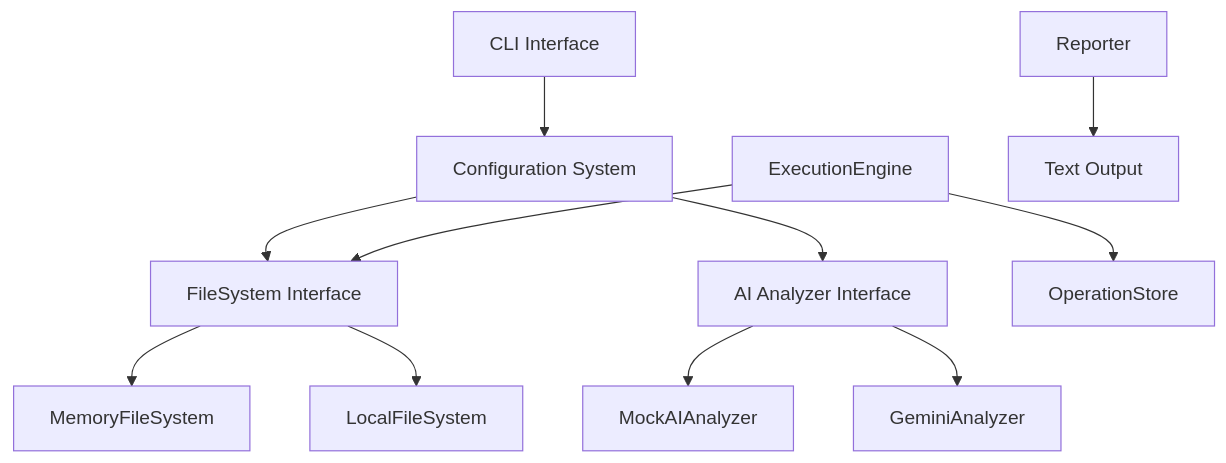
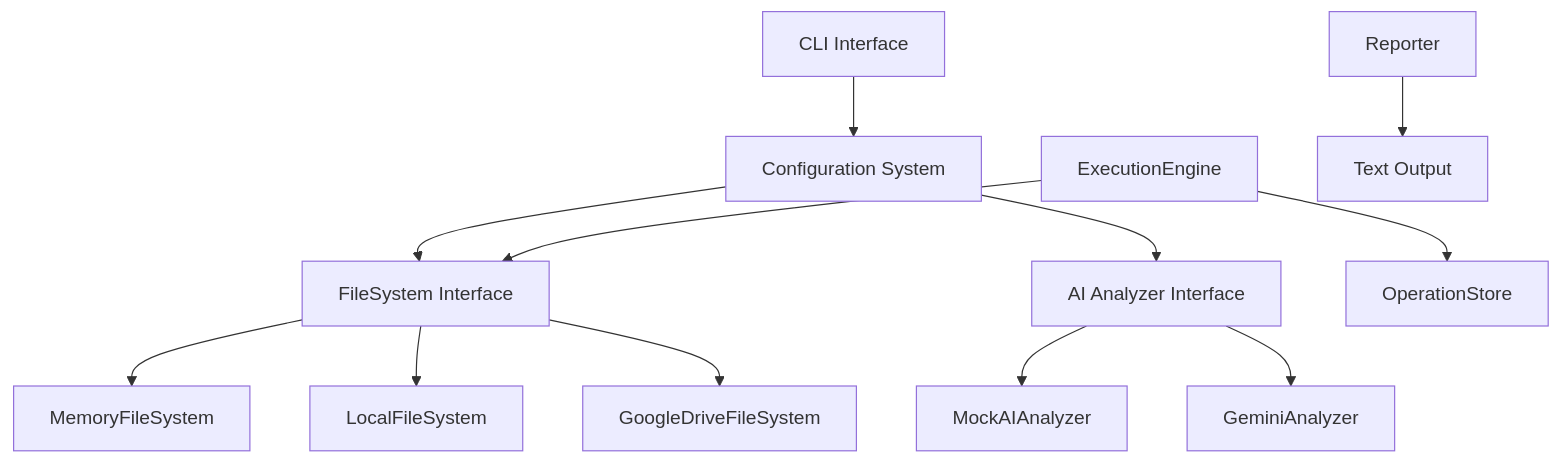
Before and after one commit to dackerman/curator: the diagram in README.md, drawn with Mermaid. The commit also changed other lines of this file, not shown here.

First line of the commit message:
Move Google Drive documentation to README for user visibility

````diff
--- a/README.md
+++ b/README.md
@@ -150,13 +254,14 @@
 ```mermaid
 graph TD
     A[CLI Interface] --> B[Configuration System]
     B --> C[FileSystem Interface]
     B --> D[AI Analyzer Interface]
     C --> E[MemoryFileSystem]
     C --> F[LocalFileSystem]
-    D --> G[MockAIAnalyzer]
-    D --> H[GeminiAnalyzer]
-    I[ExecutionEngine] --> C
-    I --> J[OperationStore]
-    K[Reporter] --> L[Text Output]
+    C --> G[GoogleDriveFileSystem]
+    D --> H[MockAIAnalyzer]
+    D --> I[GeminiAnalyzer]
+    J[ExecutionEngine] --> C
+    J --> K[OperationStore]
+    L[Reporter] --> M[Text Output]
 ```
````
